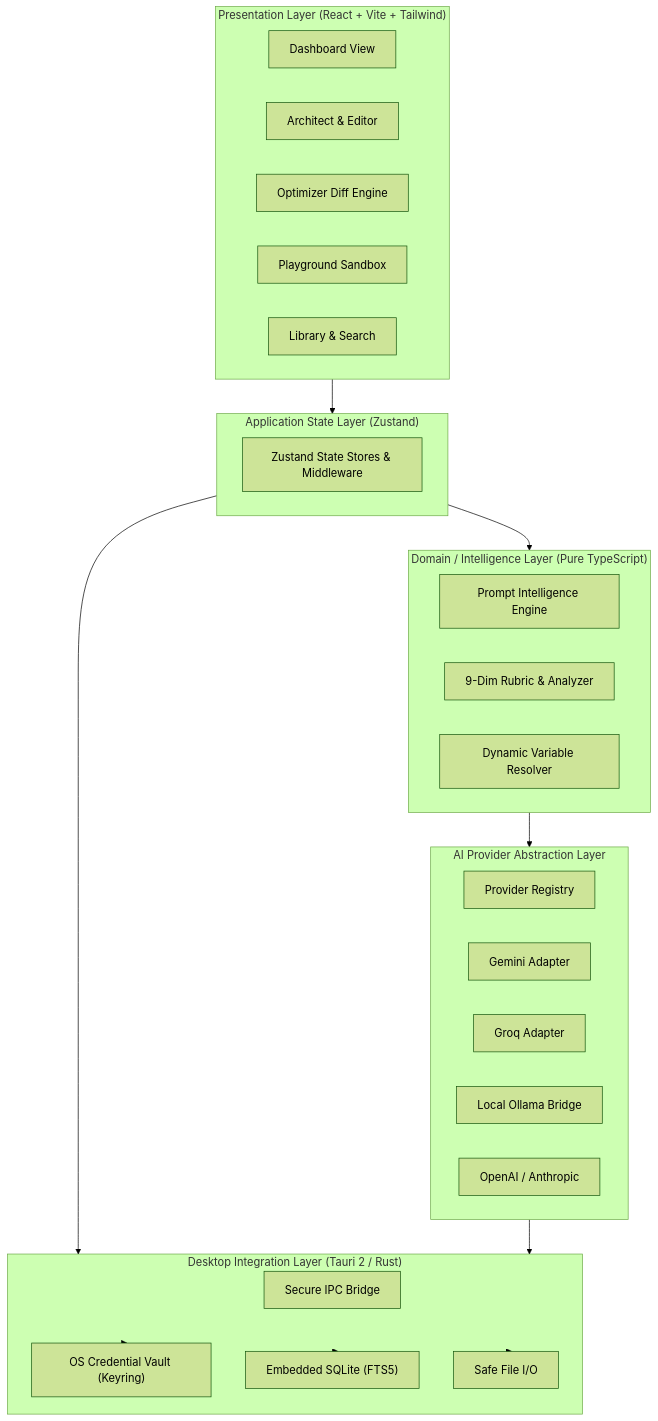
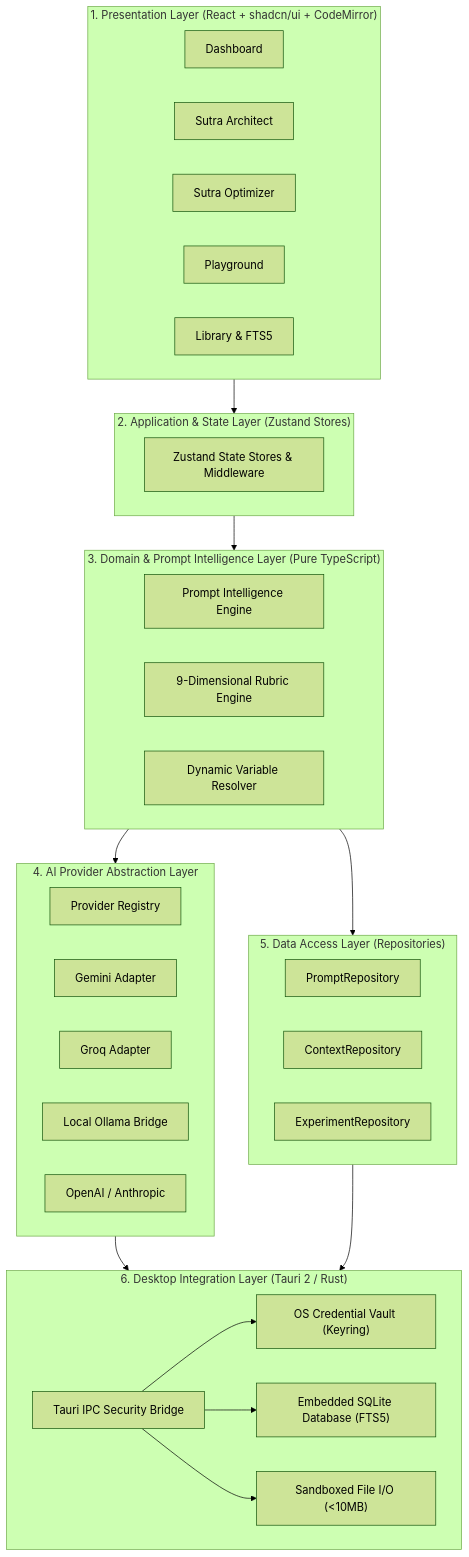
The diagram in README.md (Gokul-555180/Sutra.ai), drawn with Mermaid (forest theme) before and after one commit. The commit also changed other lines of this file and 5 other files, not shown here.

````diff
--- a/README.md
+++ b/README.md
@@ -108,44 +167,51 @@
 ```mermaid
 graph TD
-    subgraph UI ["Presentation Layer (React + Vite + Tailwind)"]
-        Dashboard["Dashboard View"]
-        Architect["Architect & Editor"]
-        Optimizer["Optimizer Diff Engine"]
-        Playground["Playground Sandbox"]
-        Library["Library & Search"]
+    subgraph L1 ["1. Presentation Layer (React + shadcn/ui + CodeMirror)"]
+        UI_Dash["Dashboard"]
+        UI_Arch["Sutra Architect"]
+        UI_Opt["Sutra Optimizer"]
+        UI_Play["Playground"]
+        UI_Lib["Library & FTS5"]
     end
 
-    subgraph State ["Application State Layer (Zustand)"]
-        ZStores["Zustand State Stores & Middleware"]
+    subgraph L2 ["2. Application & State Layer (Zustand Stores)"]
+        Z_Store["Zustand State Stores & Middleware"]
     end
 
-    subgraph Domain ["Domain / Intelligence Layer (Pure TypeScript)"]
-        PromptEngine["Prompt Intelligence Engine"]
-        RubricEngine["9-Dim Rubric & Analyzer"]
-        VarResolver["Dynamic Variable Resolver"]
+    subgraph L3 ["3. Domain & Prompt Intelligence Layer (Pure TypeScript)"]
+        Eng_Prompt["Prompt Intelligence Engine"]
+        Eng_Rubric["9-Dimensional Rubric Engine"]
+        Eng_Var["Dynamic Variable Resolver"]
     end
 
-    subgraph Providers ["AI Provider Abstraction Layer"]
-        Registry["Provider Registry"]
-        Gemini["Gemini Adapter"]
-        Groq["Groq Adapter"]
-        Ollama["Local Ollama Bridge"]
-        OpenAI["OpenAI / Anthropic"]
+    subgraph L4 ["4. AI Provider Abstraction Layer"]
+        P_Registry["Provider Registry"]
+        P_Gemini["Gemini Adapter"]
+        P_Groq["Groq Adapter"]
+        P_Ollama["Local Ollama Bridge"]
+        P_Cloud["OpenAI / Anthropic"]
     end
 
-    subgraph Native ["Desktop Integration Layer (Tauri 2 / Rust)"]
-        IPC["Secure IPC Bridge"]
-        Vault["OS Credential Vault (Keyring)"]
-        SQLite["Embedded SQLite (FTS5)"]
-        FS["Safe File I/O"]
+    subgraph L5 ["5. Data Access Layer (Repositories)"]
+        Repo_Prompt["PromptRepository"]
+        Repo_Context["ContextRepository"]
+        Repo_Exp["ExperimentRepository"]
     end
 
-    UI --> State
-    State --> Domain
-    Domain --> Providers
-    State --> Native
-    Providers --> Native
-    Native --> SQLite
-    Native --> Vault
-    Native --> FS
+    subgraph L6 ["6. Desktop Integration Layer (Tauri 2 / Rust)"]
+        IPC["Tauri IPC Security Bridge"]
+        Vault["OS Credential Vault (Keyring)"]
+        DB["Embedded SQLite Database (FTS5)"]
+        FS["Sandboxed File I/O (<10MB)"]
+    end
+
+    L1 --> L2
+    L2 --> L3
+    L3 --> L4
+    L3 --> L5
+    L4 --> L6
+    L5 --> L6
+    IPC --> Vault
+    IPC --> DB
+    IPC --> FS
 ```
````
